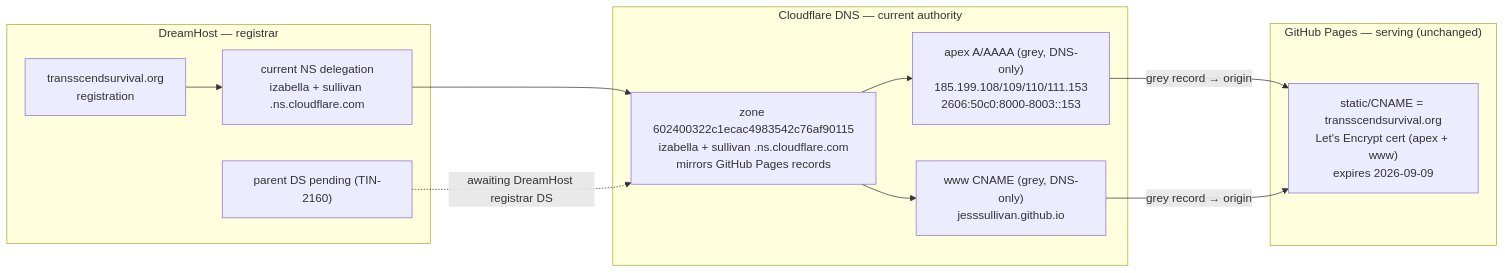
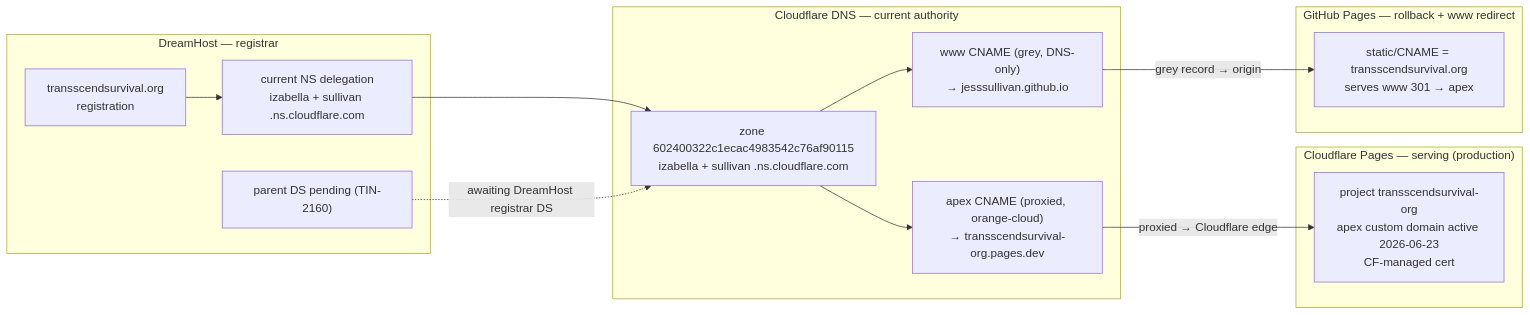
Before and after one commit to Jesssullivan/jesssullivan.github.io: the first of 5 diagrams in docs/dns-architecture.md, drawn with Mermaid. The commit also changed other lines of this file, not shown here.

Commit message:
docs(dns): record cloudflare pages apex cutover

````diff
--- a/docs/dns-architecture.md
+++ b/docs/dns-architecture.md
@@ -32,26 +35,30 @@
 ```mermaid
 flowchart LR
     subgraph Registrar["DreamHost — registrar"]
         Reg["transscendsurvival.org<br/>registration"]
         DS["parent DS pending (TIN-2160)"]
         NSdeleg["current NS delegation<br/>izabella + sullivan .ns.cloudflare.com"]
     end
 
     subgraph CF["Cloudflare DNS — current authority"]
-        Zone["zone 602400322c1ecac4983542c76af90115<br/>izabella + sullivan .ns.cloudflare.com<br/>mirrors GitHub Pages records"]
-        Apex["apex A/AAAA (grey, DNS-only)<br/>185.199.108/109/110/111.153<br/>2606:50c0:8000-8003::153"]
-        WWW["www CNAME (grey, DNS-only)<br/>jesssullivan.github.io"]
+        Zone["zone 602400322c1ecac4983542c76af90115<br/>izabella + sullivan .ns.cloudflare.com"]
+        Apex["apex CNAME (proxied, orange-cloud)<br/>→ transscendsurvival-org.pages.dev"]
+        WWW["www CNAME (grey, DNS-only)<br/>→ jesssullivan.github.io"]
     end
 
-    subgraph GHP["GitHub Pages — serving (unchanged)"]
-        Pages["static/CNAME = transscendsurvival.org<br/>Let's Encrypt cert (apex + www)<br/>expires 2026-09-09"]
+    subgraph CFP["Cloudflare Pages — serving (production)"]
+        Pages["project transscendsurvival-org<br/>apex custom domain active 2026-06-23<br/>CF-managed cert"]
+    end
+
+    subgraph GHP["GitHub Pages — rollback + www redirect"]
+        GH["static/CNAME = transscendsurvival.org<br/>serves www 301 → apex"]
     end
 
     Reg --> NSdeleg
     NSdeleg --> Zone
     DS -. "awaiting DreamHost registrar DS" .-> Zone
     Zone --> Apex
     Zone --> WWW
-    Apex -- "grey record → origin" --> Pages
-    WWW -- "grey record → origin" --> Pages
+    Apex -- "proxied → Cloudflare edge" --> Pages
+    WWW -- "grey record → origin" --> GH
 ```
````
